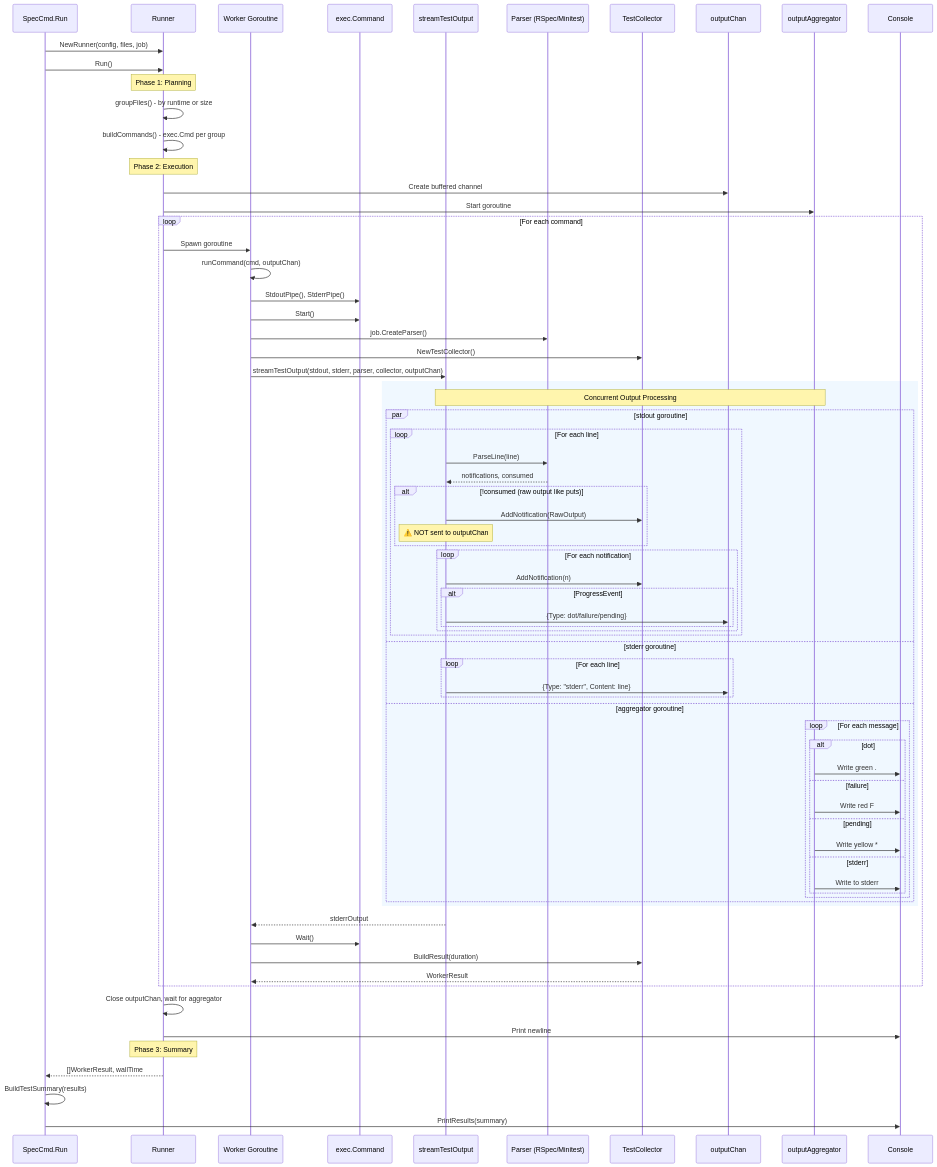
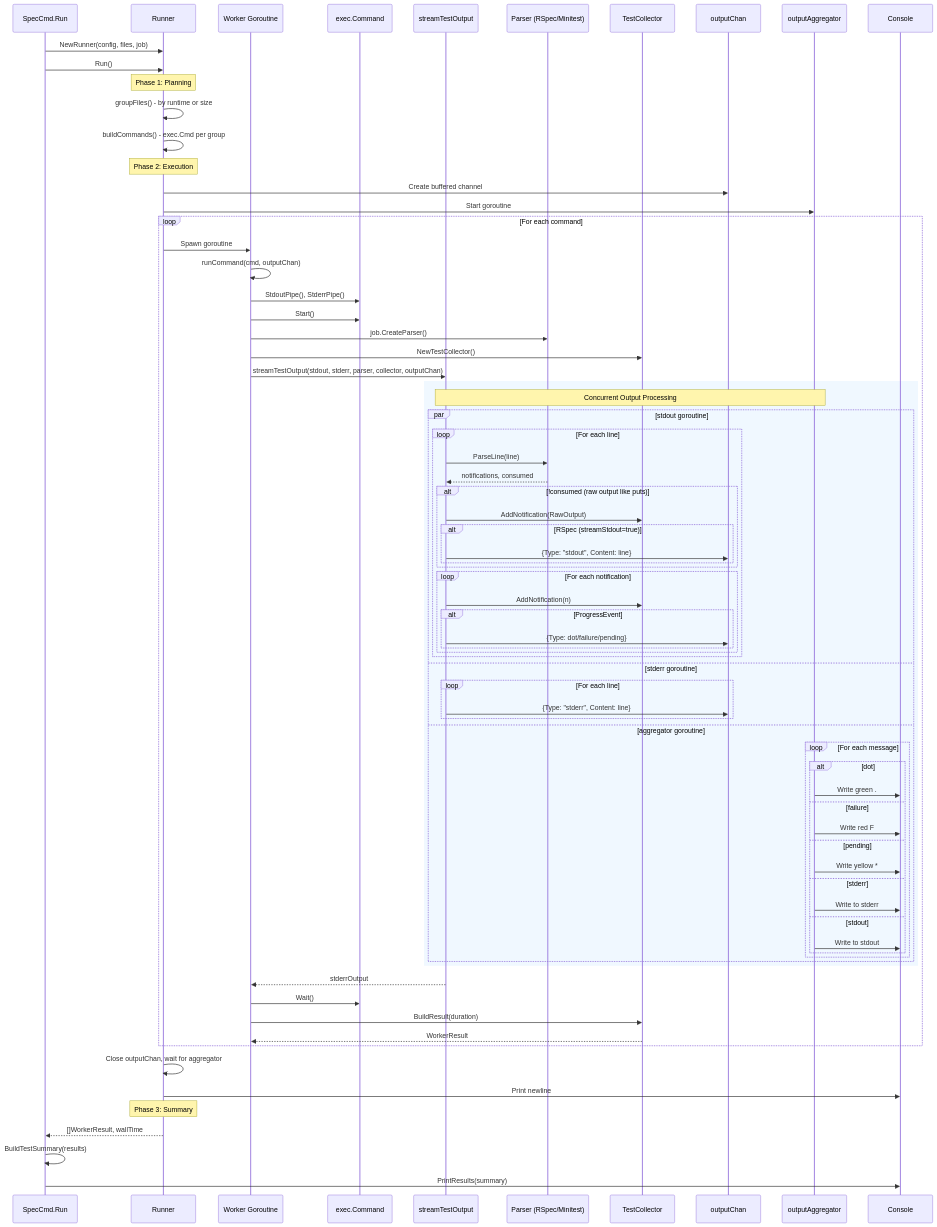
Before and after one commit to rsanheim/plur: the diagram in docs/architecture/test-processing-flow.md, drawn with Mermaid. The commit also changed other lines of this file and 4 other files, not shown here.

First line of the commit message:
feat: stream stdout in real-time for RSpec tests (#85)

```diff
--- a/docs/architecture/test-processing-flow.md
+++ b/docs/architecture/test-processing-flow.md
@@ -50,7 +50,9 @@
 
                     alt !consumed (raw output like puts)
                         Stream->>Collector: AddNotification(RawOutput)
-                        Note over Stream: ⚠️ NOT sent to outputChan
+                        alt RSpec (streamStdout=true)
+                            Stream->>OutChan: {Type: "stdout", Content: line}
+                        end
                     end
 
                     loop For each notification
@@ -74,6 +76,8 @@
                         Agg->>Console: Write yellow *
                     else stderr
                         Agg->>Console: Write to stderr
+                    else stdout
+                        Agg->>Console: Write to stdout
                     end
                 end
             end
```
